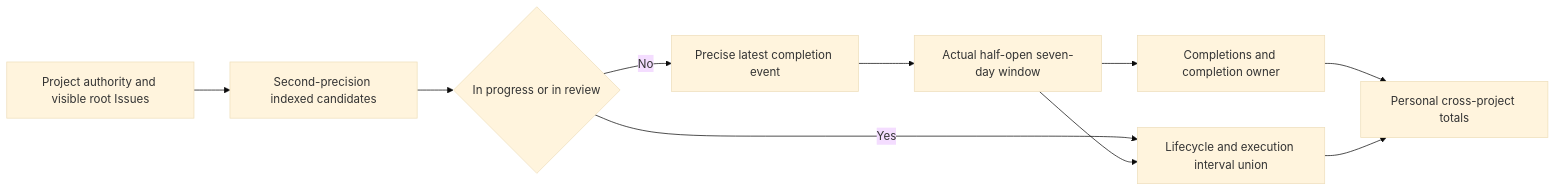
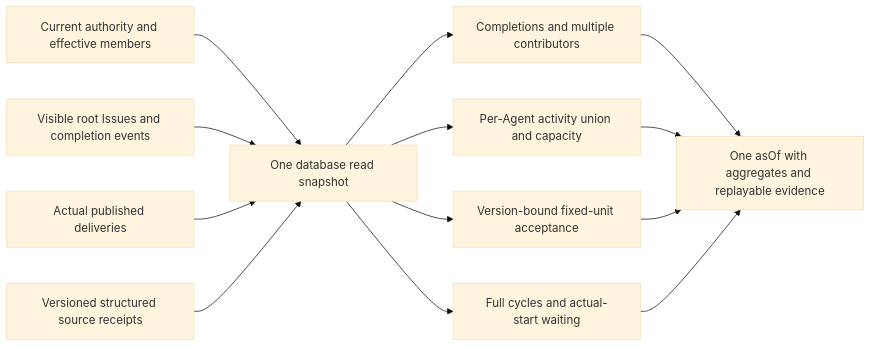
One commit to wecode-ai/Wegent changed the fifth of 5 diagrams in docs/en/wegent/developer-guide/cloud-project-collaboration.md. Above: the diagram before and after it, drawn with Mermaid (base theme). The commit also changed other lines of this file and 37 other files, not shown here.

Commit message:
feat(collaboration): complete v2 evidence metrics and scoped source resolution

````diff
--- a/docs/en/wegent/developer-guide/cloud-project-collaboration.md
+++ b/docs/en/wegent/developer-guide/cloud-project-collaboration.md
@@ -387,12 +395,15 @@
 ```mermaid
 flowchart LR
-    Scope[Project authority and visible root Issues] --> Candidates[Second-precision indexed candidates]
-    Candidates --> Active{In progress or in review}
-    Active -->|Yes| Timing[Lifecycle and execution interval union]
-    Active -->|No| Event[Precise latest completion event]
-    Event --> Window[Actual half-open seven-day window]
-    Window --> Completion[Completions and completion owner]
-    Window --> Timing
-    Completion --> Personal[Personal cross-project totals]
-    Timing --> Personal
+    Access[Current authority and effective members] --> Snapshot[One database read snapshot]
+    Issues[Visible root Issues and completion events] --> Snapshot
+    Delivery[Actual published deliveries] --> Snapshot
+    Receipt[Versioned structured source receipts] --> Snapshot
+    Snapshot --> Completion[Completions and multiple contributors]
+    Snapshot --> Activity[Per-Agent activity union and capacity]
+    Snapshot --> Accepted[Version-bound fixed-unit acceptance]
+    Snapshot --> Handoff[Full cycles and actual-start waiting]
+    Completion --> Response[One asOf with aggregates and replayable evidence]
+    Activity --> Response
+    Accepted --> Response
+    Handoff --> Response
 ```
````
